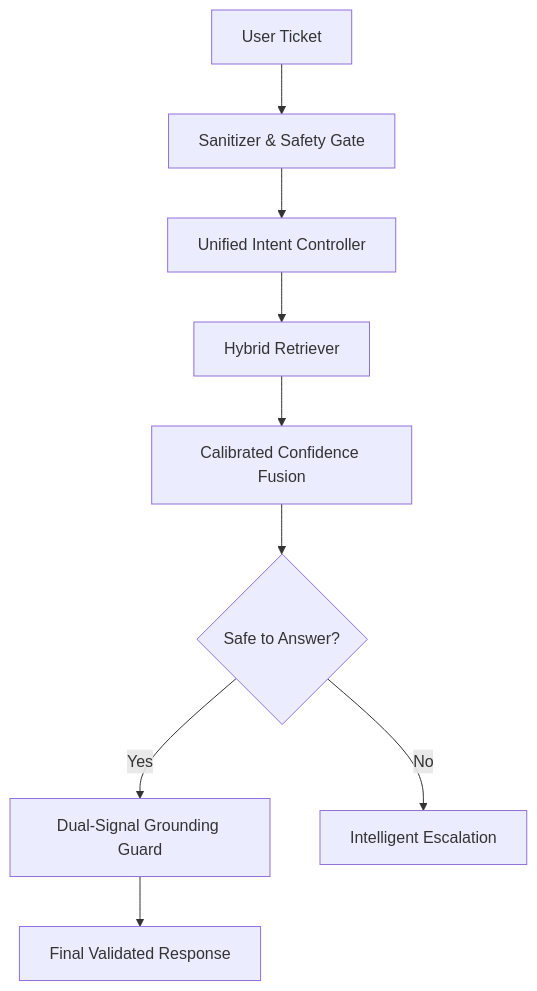
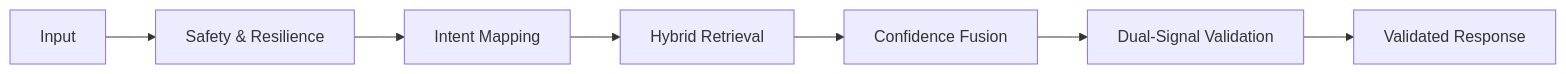
Before and after one commit to NanduKondreddy/Multi-Domain-Support-Triage: the diagram in README.md, drawn with Mermaid. The commit also changed other lines of this file and 44 other files, not shown here.

````diff
--- a/README.md
+++ b/README.md
@@ -9,11 +8,9 @@
 ```mermaid
-graph TD
-    A[User Ticket] --> B[Sanitizer & Safety Gate]
-    B --> C[Unified Intent Controller]
-    C --> D[Hybrid Retriever]
-    D --> E[Calibrated Confidence Fusion]
-    E --> F{Safe to Answer?}
-    F -- Yes --> G[Dual-Signal Grounding Guard]
-    F -- No --> H[Intelligent Escalation]
-    G --> I[Final Validated Response]
+graph LR
+    Input --> Safety[Safety & Resilience]
+    Safety --> Intent[Intent Mapping]
+    Intent --> Retrieval[Hybrid Retrieval]
+    Retrieval --> Calibrate[Confidence Fusion]
+    Calibrate --> Grounding[Dual-Signal Validation]
+    Grounding --> Output[Validated Response]
 ```
````
